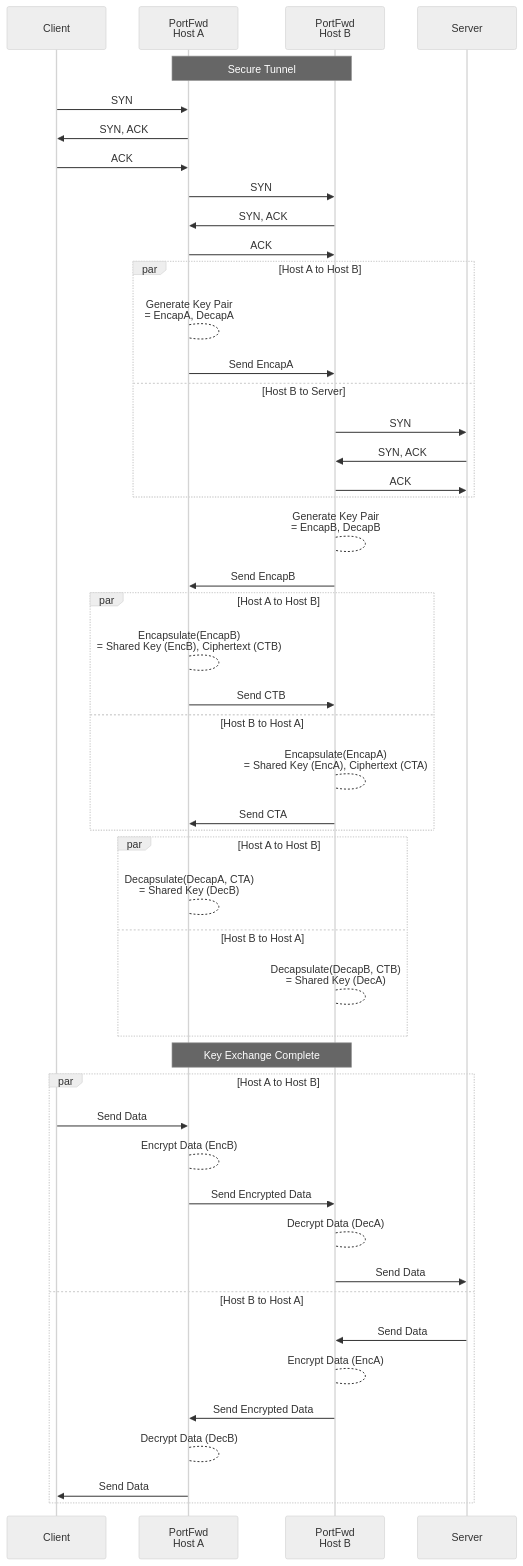
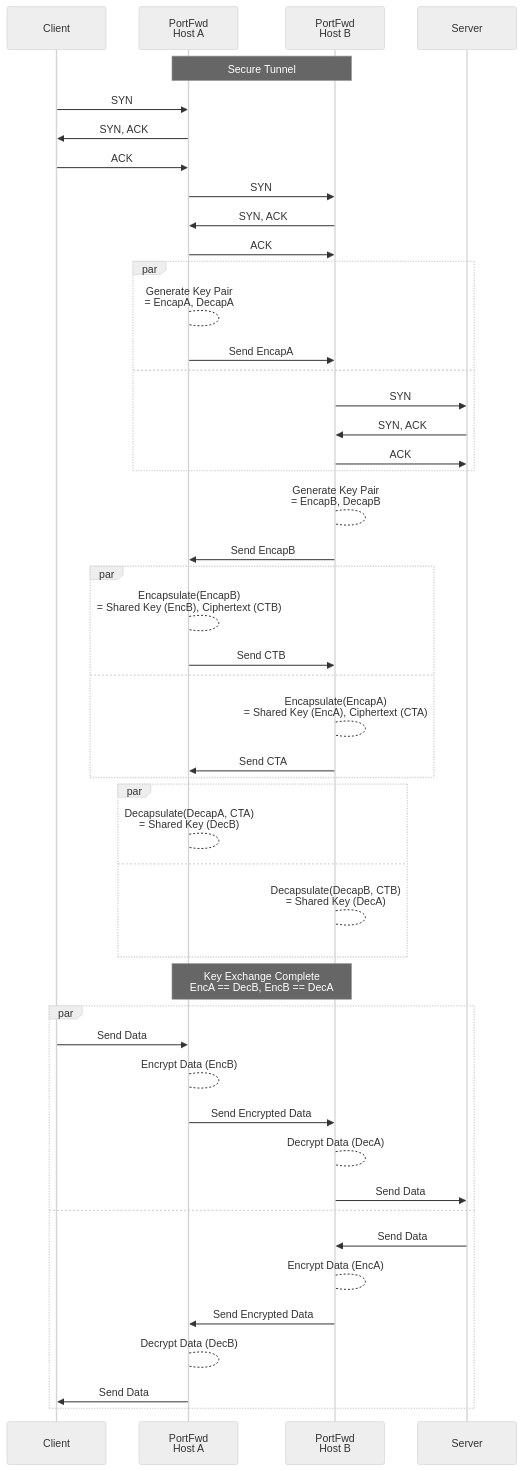
One commit to cmason3/portfwd changed the diagram in README.md. Above: the diagram before and after it, drawn with Mermaid (neutral theme).

````diff
--- a/README.md
+++ b/README.md
@@ -32,56 +32,56 @@
 ```mermaid
 sequenceDiagram
     participant C as Client
     participant A as PortFwd<br />Host A
     participant B as PortFwd<br />Host B
     participant S as Server
     Note over A,B: Secure Tunnel
     C->>A: SYN
     A->>C: SYN, ACK
     C->>A: ACK
     A->>B: SYN
     B->>A: SYN, ACK
     A->>B: ACK
 
-    par Host A to Host B
+    par
       A-->A: Generate Key Pair<br />= EncapA, DecapA
       A->>B: Send EncapA
-    and Host B to Server
+    and
       B->>S: SYN
       S->>B: SYN, ACK
       B->>S: ACK
     end
 
     B-->B: Generate Key Pair<br />= EncapB, DecapB
     B->>A: Send EncapB
 
-    par Host A to Host B
+    par
       A-->A: Encapsulate(EncapB)<br />= Shared Key (EncB), Ciphertext (CTB)
       A->>B: Send CTB
-    and Host B to Host A
+    and
       B-->B: Encapsulate(EncapA)<br />= Shared Key (EncA), Ciphertext (CTA)
       B->>A: Send CTA
     end
 
-    par Host A to Host B
+    par
       A-->A: Decapsulate(DecapA, CTA)<br /> = Shared Key (DecB)
-    and Host B to Host A
+    and
       B-->B: Decapsulate(DecapB, CTB)<br /> = Shared Key (DecA)
     end
 
-    Note over A,B: Key Exchange Complete
+    Note over A,B: Key Exchange Complete<br />EncA == DecB, EncB == DecA
 
-    par Host A to Host B
+    par
       C->>A: Send Data
       A-->A: Encrypt Data (EncB)
       A->>B: Send Encrypted Data
       B-->B: Decrypt Data (DecA)
       B->>S: Send Data
-    and Host B to Host A
+    and
       S->>B: Send Data
       B-->B: Encrypt Data (EncA)
       B->>A: Send Encrypted Data
       A-->A: Decrypt Data (DecB)
       A->>C: Send Data
     end
 ```
````
